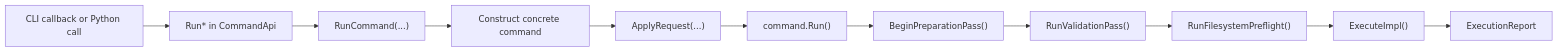
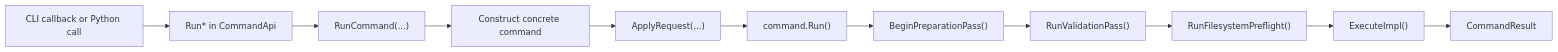
Before and after one commit to yslianTim/rhbm_gem: the diagram in docs/developer/architecture/command-architecture.md, drawn with Mermaid. The commit also changed other lines of this file and 33 other files, not shown here.

````diff
--- a/docs/developer/architecture/command-architecture.md
+++ b/docs/developer/architecture/command-architecture.md
@@ -131,13 +86,13 @@
 ```mermaid
 flowchart LR
     A["CLI callback or Python call"] --> B["Run* in CommandApi"]
     B --> C["RunCommand(...)"]
     C --> D["Construct concrete command"]
     D --> E["ApplyRequest(...)"]
     E --> F["command.Run()"]
     F --> G["BeginPreparationPass()"]
     G --> H["RunValidationPass()"]
     H --> I["RunFilesystemPreflight()"]
     I --> J["ExecuteImpl()"]
-    J --> K["ExecutionReport"]
+    J --> K["CommandResult"]
 ```
````
